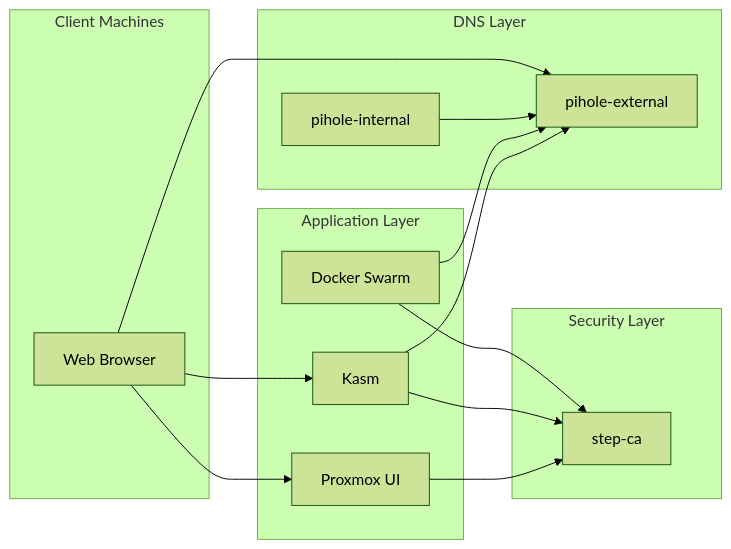
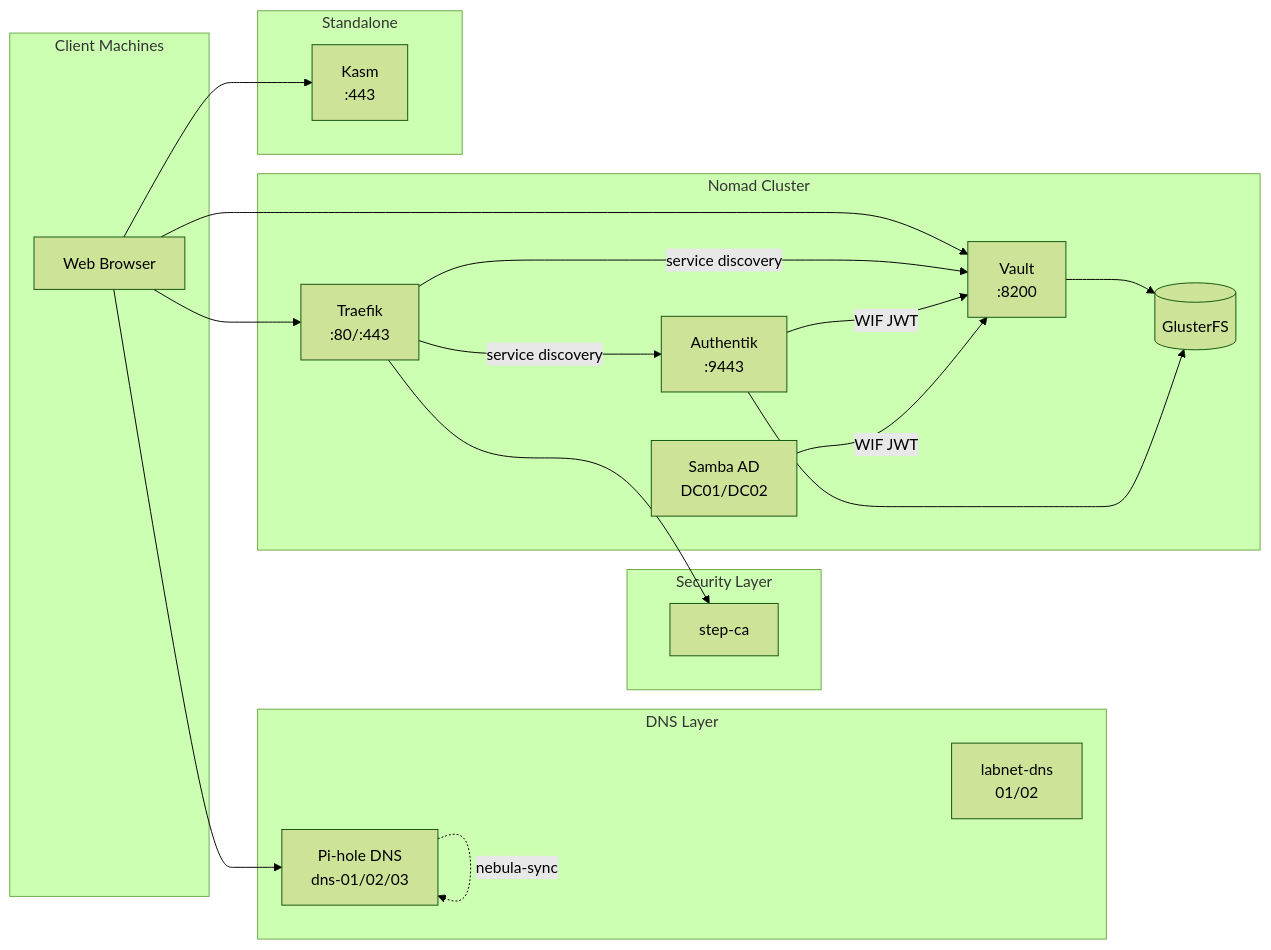
One commit to jknyght9/proxmox-lab changed the second of 6 diagrams in docs/architecture/service-relationships.md. Above: the diagram before and after it, drawn with Mermaid (forest theme). The commit also changed other lines of this file and 33 other files, not shown here.

First line of the commit message:
Rewrite documentation to reflect current Nomad-based architecture

````diff
--- a/docs/architecture/service-relationships.md
+++ b/docs/architecture/service-relationships.md
@@ -76,33 +108,43 @@
 ```mermaid
 graph LR
     subgraph clients["Client Machines"]
         BROWSER[Web Browser]
     end
 
     subgraph dns_layer["DNS Layer"]
-        PIHOLE_EXT[pihole-external]
-        PIHOLE_INT[pihole-internal]
+        DNS[Pi-hole DNS<br/>dns-01/02/03]
+        LABDNS[labnet-dns<br/>01/02]
     end
 
     subgraph ca_layer["Security Layer"]
         STEPCA[step-ca]
     end
 
-    subgraph app_layer["Application Layer"]
-        DOCKER[Docker Swarm]
-        KASM[Kasm]
-        PROXMOX[Proxmox UI]
+    subgraph nomad_layer["Nomad Cluster"]
+        TRAEFIK[Traefik<br/>:80/:443]
+        VAULT[Vault<br/>:8200]
+        AUTHENTIK[Authentik<br/>:9443]
+        SAMBADC[Samba AD<br/>DC01/DC02]
+        GFS[(GlusterFS)]
     end
 
-    BROWSER --> PIHOLE_EXT
+    subgraph standalone["Standalone"]
+        KASM[Kasm<br/>:443]
+    end
+
+    BROWSER --> DNS
+    BROWSER --> TRAEFIK
+    BROWSER --> VAULT
     BROWSER --> KASM
-    BROWSER --> PROXMOX
 
-    PIHOLE_INT --> PIHOLE_EXT
+    DNS -.->|"nebula-sync"| DNS
 
-    DOCKER --> PIHOLE_EXT
-    DOCKER --> STEPCA
-    KASM --> PIHOLE_EXT
-    KASM --> STEPCA
-    PROXMOX --> STEPCA
+    TRAEFIK --> STEPCA
+    TRAEFIK -->|"service discovery"| VAULT
+    TRAEFIK -->|"service discovery"| AUTHENTIK
+
+    VAULT --> GFS
+    AUTHENTIK -->|"WIF JWT"| VAULT
+    SAMBADC -->|"WIF JWT"| VAULT
+    AUTHENTIK --> GFS
 ```
````
